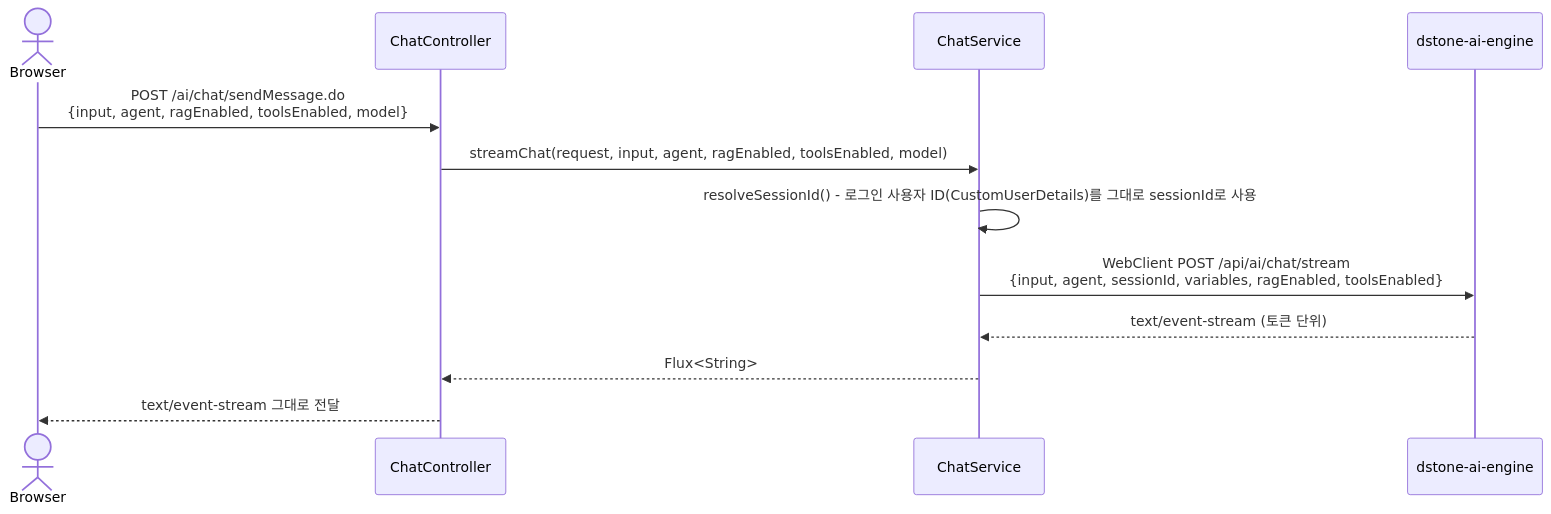
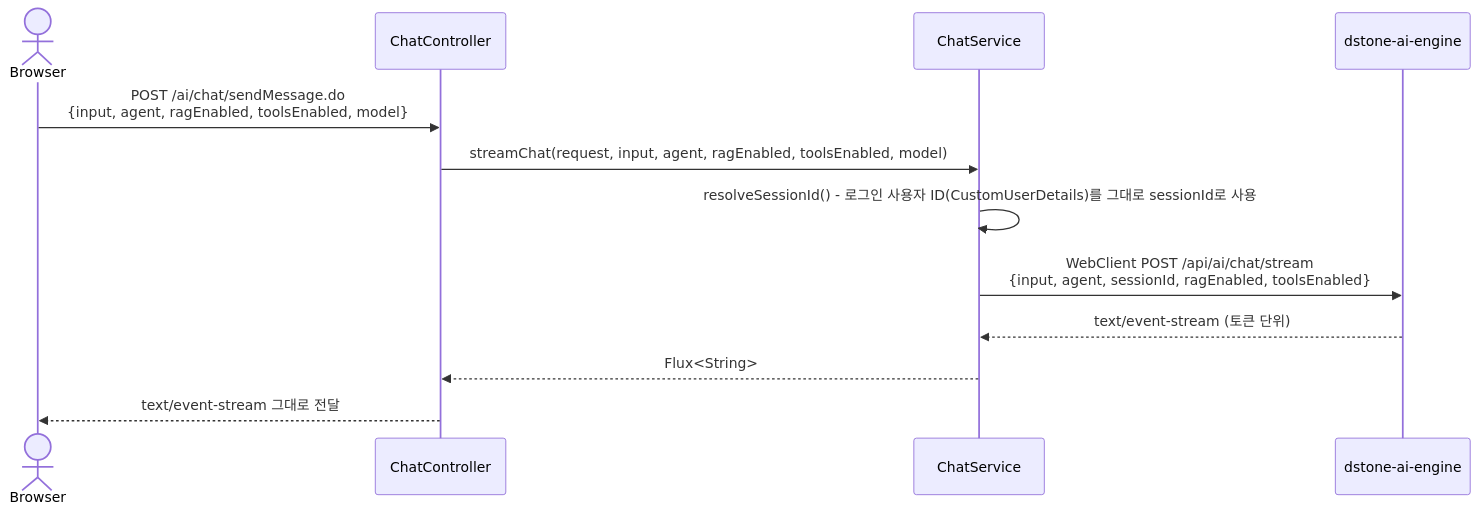
The second of 4 diagrams in docs/06.dstone-boot.md (YongSoekChoeng/dstone), drawn with Mermaid before and after one commit. The commit also changed other lines of this file and 31 other files, not shown here.

First line of the commit message:
Agent 프롬프트 문법을 ${input.필드}/${output.필드}로 통일하고 디자이너에 작성 가이드 추가

````diff
--- a/docs/06.dstone-boot.md
+++ b/docs/06.dstone-boot.md
@@ -365,15 +365,15 @@
 ```mermaid
 sequenceDiagram
     actor Browser
     participant Ctrl as ChatController
     participant Svc as ChatService
     participant Engine as dstone-ai-engine
 
     Browser->>Ctrl: POST /ai/chat/sendMessage.do<br/>{input, agent, ragEnabled, toolsEnabled, model}
     Ctrl->>Svc: streamChat(request, input, agent, ragEnabled, toolsEnabled, model)
     Svc->>Svc: resolveSessionId() - 로그인 사용자 ID(CustomUserDetails)를 그대로 sessionId로 사용
-    Svc->>Engine: WebClient POST /api/ai/chat/stream<br/>{input, agent, sessionId, variables, ragEnabled, toolsEnabled}
+    Svc->>Engine: WebClient POST /api/ai/chat/stream<br/>{input, agent, sessionId, ragEnabled, toolsEnabled}
     Engine-->>Svc: text/event-stream (토큰 단위)
     Svc-->>Ctrl: Flux<String>
     Ctrl-->>Browser: text/event-stream 그대로 전달
 ```
````
